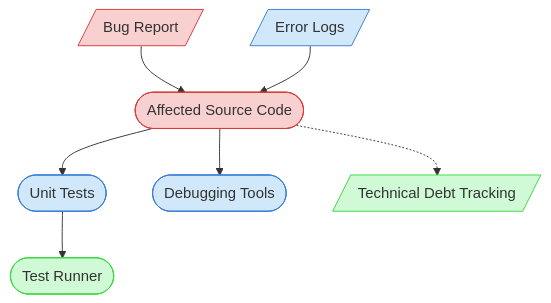
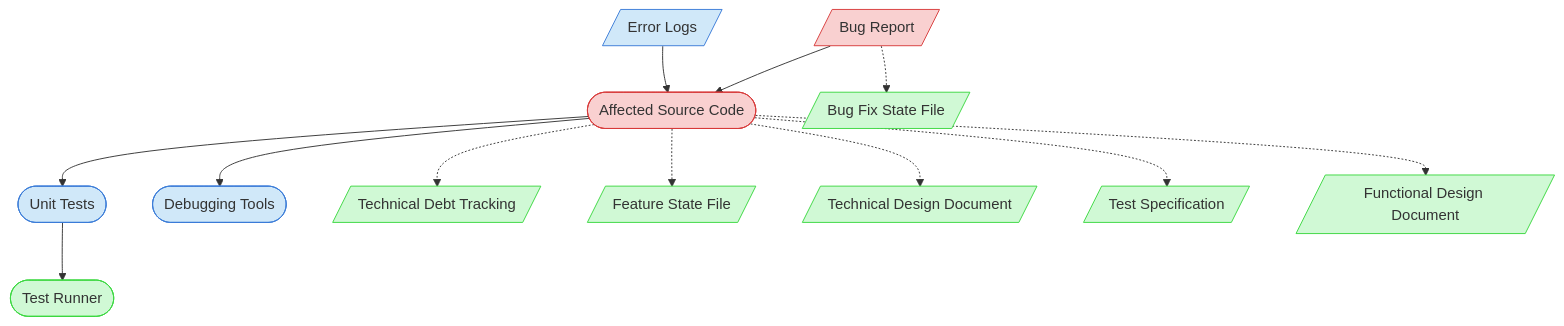
The diagram in doc/process-framework/visualization/context-maps/06-maintenance/bug-fixing-map.md (Abtomation/LinkWatcher), drawn with Mermaid before and after one commit. The commit also changed other lines of this file and 332 other files, not shown here.

First line of the commit message:
Refactor code, clean up obsolete docs, add tech debt assessments and refactoring plans

````diff
--- a/doc/process-framework/visualization/context-maps/06-maintenance/bug-fixing-map.md
+++ b/doc/process-framework/visualization/context-maps/06-maintenance/bug-fixing-map.md
@@ -17,17 +17,22 @@
 ```mermaid
 graph TD
     classDef critical fill:#f9d0d0,stroke:#d83a3a
     classDef important fill:#d0e8f9,stroke:#3a7bd8
     classDef reference fill:#d0f9d5,stroke:#3ad83f
 
     BugReport[/Bug Report/] --> SourceCode([Affected Source Code])
     SourceCode --> UnitTests([Unit Tests])
     UnitTests --> TestRunner([Test Runner])
     Logs[/Error Logs/] --> SourceCode
     SourceCode --> DebugTools([Debugging Tools])
     SourceCode -.-> TechnicalDebtTracking[/Technical Debt Tracking/]
+    SourceCode -.-> FeatureState[/Feature State File/]
+    SourceCode -.-> TDD[/Technical Design Document/]
+    SourceCode -.-> TestSpec[/Test Specification/]
+    SourceCode -.-> FDD[/Functional Design Document/]
+    BugReport -.-> BugFixState[/Bug Fix State File/]
 
     class BugReport,SourceCode critical
     class UnitTests,Logs,DebugTools important
-    class TestRunner,TechnicalDebtTracking reference
+    class TestRunner,TechnicalDebtTracking,FeatureState,TDD,TestSpec,FDD,BugFixState reference
 ```
````
